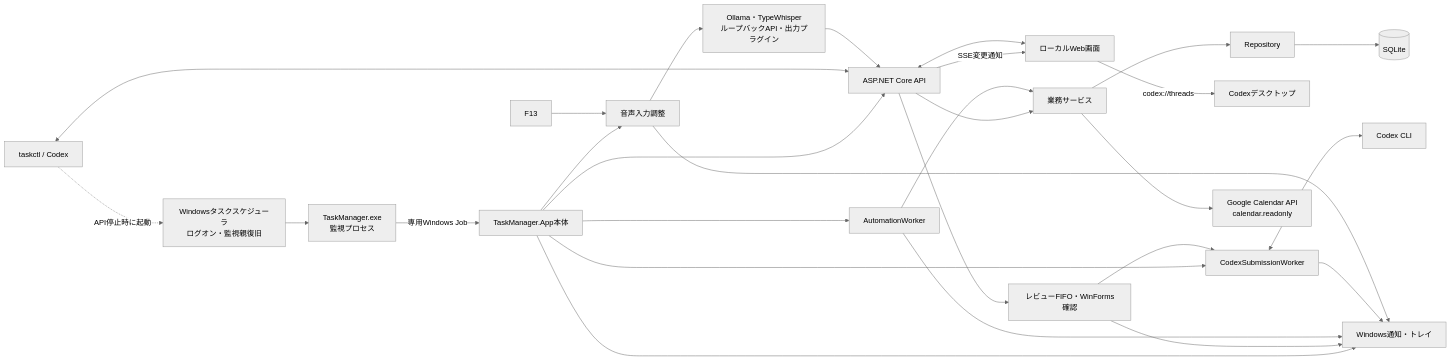
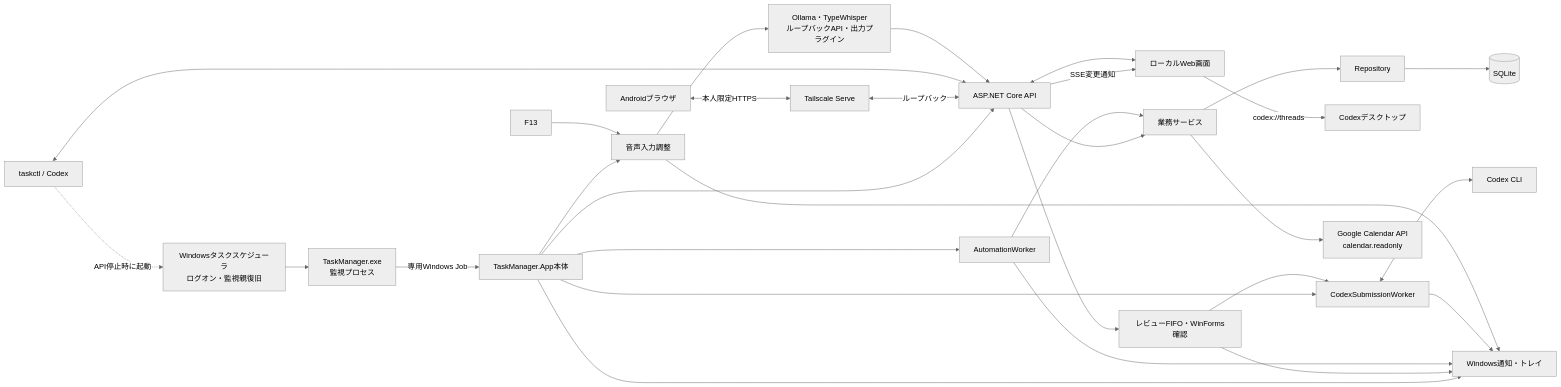
Before and after one commit to UNIUNI381/UniToDo: the diagram in docs/TaskManager-Vault/01_システム概要.md, drawn with Mermaid (neutral theme). The commit also changed other lines of this file and 17 other files, not shown here.

Commit message:
Add minimal Tailscale Serve access for Android

````diff
--- a/docs/TaskManager-Vault/01_システム概要.md
+++ b/docs/TaskManager-Vault/01_システム概要.md
@@ -9,30 +9,32 @@
 ```mermaid
 flowchart LR
   Scheduler[Windowsタスクスケジューラ<br/>ログオン・監視親復旧] --> Watchdog[TaskManager.exe<br/>監視プロセス]
   Watchdog -->|専用Windows Job| App[TaskManager.App本体]
   App --> API[ASP.NET Core API]
   App --> Automation[AutomationWorker]
   App --> Submission[CodexSubmissionWorker]
   App --> Tray[Windows通知・トレイ]
   App --> Voice[音声入力調整]
   Browser[ローカルWeb画面] <--> API
+  Android[Androidブラウザ] <-->|本人限定HTTPS| Serve[Tailscale Serve]
+  Serve <-->|ループバック| API
   API -->|SSE変更通知| Browser
   Browser -->|codex://threads| CodexDesktop[Codexデスクトップ]
   CLI[taskctl / Codex] <--> API
   CLI -. API停止時に起動 .-> Scheduler
   API --> Services[業務サービス]
   API --> ReviewFlow[レビューFIFO・WinForms確認]
   ReviewFlow --> Submission
   ReviewFlow --> Tray
   Automation --> Services
   Automation --> Tray
   Submission <--> CodexCLI[Codex CLI]
   Submission --> Tray
   Services --> Repositories[Repository]
   Repositories --> DB[(SQLite)]
   Services --> Calendar[Google Calendar API<br/>calendar.readonly]
   Hotkey[F13] --> Voice
   Voice --> Tray
   Voice --> VoiceTools[Ollama・TypeWhisper<br/>ループバックAPI・出力プラグイン]
   VoiceTools --> API
 ```
````
